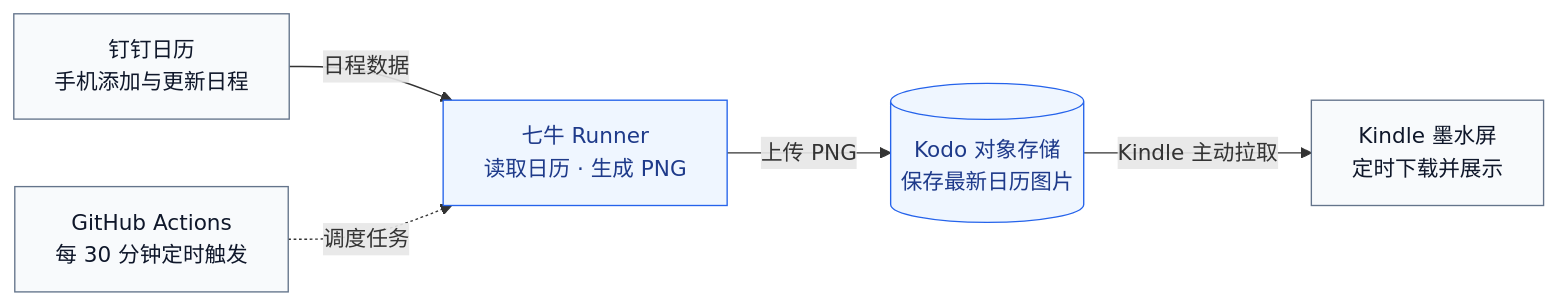
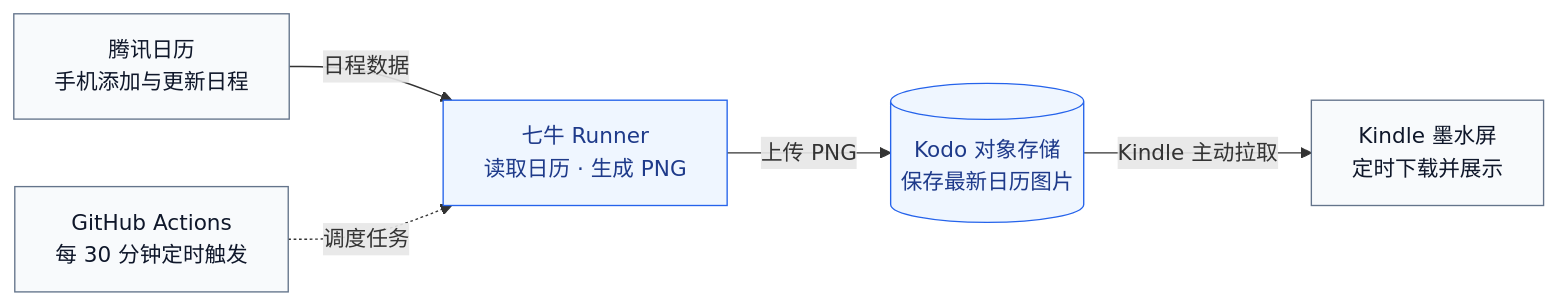
Before and after one commit to cqzqxh/kindle2calendar: the diagram in ARCHITECTURE.md, drawn with Mermaid. The commit also changed other lines of this file and 12 other files, not shown here.

````diff
--- a/ARCHITECTURE.md
+++ b/ARCHITECTURE.md
@@ -13,17 +13,17 @@
 ```mermaid
 flowchart LR
-    CAL["钉钉日历<br/>手机添加与更新日程"]
+    CAL["腾讯日历<br/>手机添加与更新日程"]
     GH["GitHub Actions<br/>每 30 分钟定时触发"]
     RUN["七牛 Runner<br/>读取日历 · 生成 PNG"]
     KODO[("Kodo 对象存储<br/>保存最新日历图片")]
     KINDLE["Kindle 墨水屏<br/>定时下载并展示"]
 
     CAL -->|"日程数据"| RUN
     GH -.->|"调度任务"| RUN
     RUN -->|"上传 PNG"| KODO
     KODO -->|"Kindle 主动拉取"| KINDLE
 
     classDef default fill:#f8fafc,stroke:#64748b,color:#0f172a;
     classDef qiniu fill:#eff6ff,stroke:#2563eb,color:#1e3a8a;
     class RUN,KODO qiniu;
 ```
````
